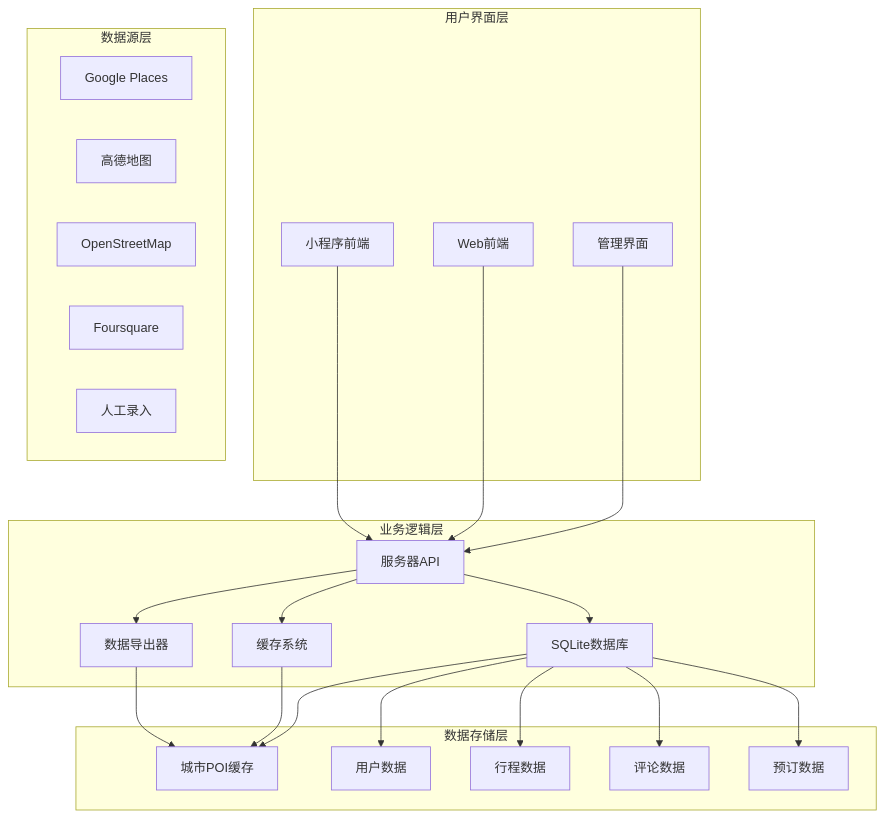
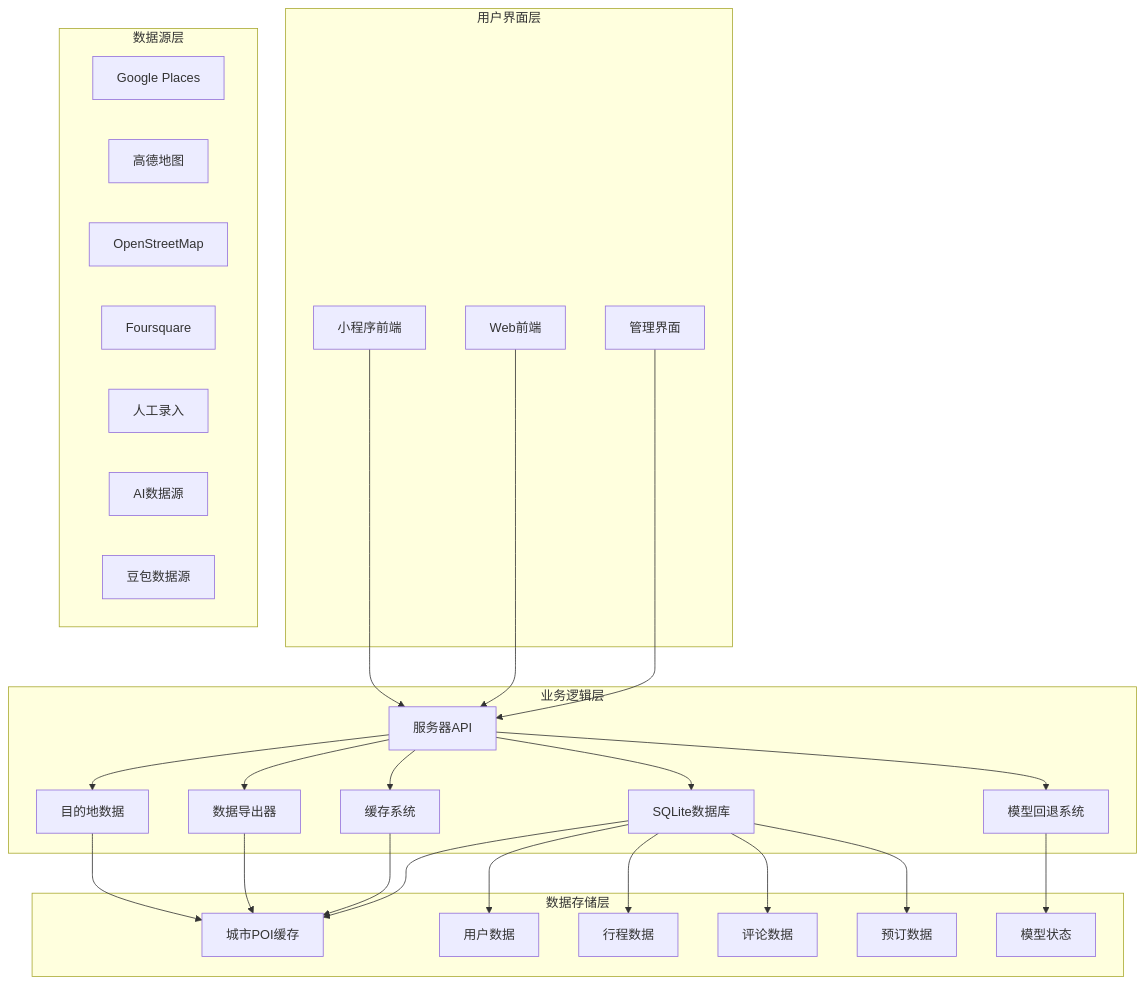
The first of 13 diagrams in .qoder/repowiki/zh/content/AI数据采集系统/AI数据采集系统.md (ititjjy/AITrip-plan), drawn with Mermaid before and after one commit. The commit also changed other lines of this file and 17 other files, not shown here.

First line of the commit message:
deploy: sync latest 37-city POI data + code updates to server

````diff
--- a/.qoder/repowiki/zh/content/AI数据采集系统/AI数据采集系统.md
+++ b/.qoder/repowiki/zh/content/AI数据采集系统/AI数据采集系统.md
@@ -68,41 +71,50 @@
 ```mermaid
 graph TB
 subgraph "用户界面层"
 Admin[管理界面]
 Web[Web前端]
 Mobile[小程序前端]
 end
 subgraph "业务逻辑层"
 Server[服务器API]
 Database[SQLite数据库]
 Cache[缓存系统]
 Exporter[数据导出器]
+ModelFallback[模型回退系统]
+Destinations[目的地数据]
 end
 subgraph "数据源层"
 Google[Google Places]
 Amap[高德地图]
 OSM[OpenStreetMap]
 Foursquare[Foursquare]
 Manual[人工录入]
+AI[AI数据源]
+Doubao[豆包数据源]
 end
 subgraph "数据存储层"
 CityPOIs[城市POI缓存]
 Users[用户数据]
 Trips[行程数据]
 Comments[评论数据]
 Bookings[预订数据]
+ModelState[模型状态]
 end
 Admin --> Server
 Web --> Server
 Mobile --> Server
 Server --> Database
 Database --> CityPOIs
 Database --> Users
 Database --> Trips
 Database --> Comments
 Database --> Bookings
 Server --> Cache
 Cache --> CityPOIs
 Server --> Exporter
 Exporter --> CityPOIs
+Server --> ModelFallback
+ModelFallback --> ModelState
+Server --> Destinations
+Destinations --> CityPOIs
 ```
````
